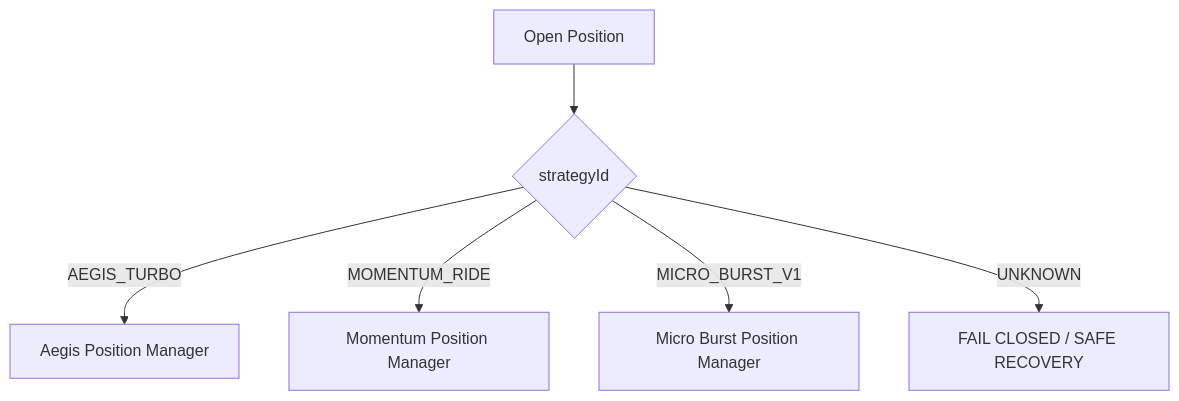
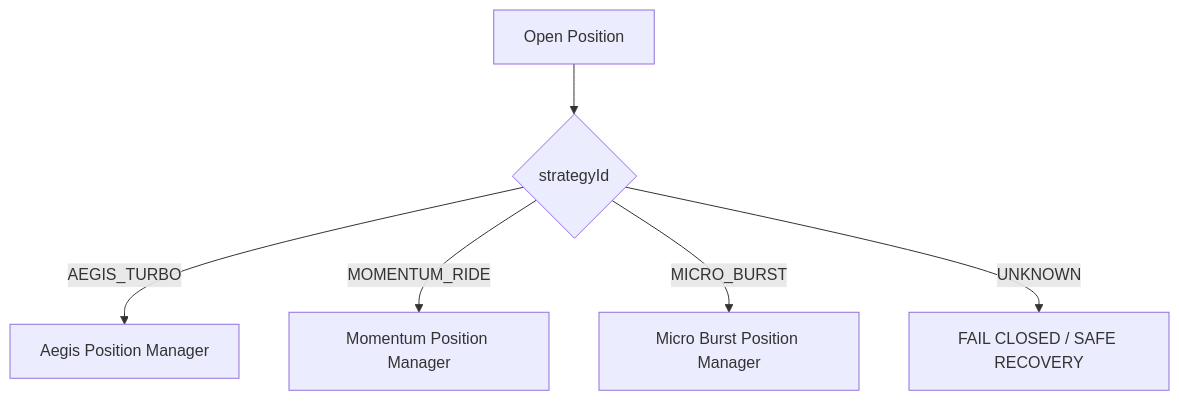
One commit to jasanhdz/binance-futures-bot-ts changed the sixth of 7 diagrams in docs/architecture/README.md. Above: the diagram before and after it, drawn with Mermaid. The commit also changed other lines of this file and 14 other files, not shown here.

Commit message:
document strategy migration architecture

````diff
--- a/docs/architecture/README.md
+++ b/docs/architecture/README.md
@@ -455,8 +487,8 @@
 ```mermaid
 flowchart TD
     P[Open Position] --> ID{strategyId}
     ID -->|AEGIS_TURBO| AP[Aegis Position Manager]
     ID -->|MOMENTUM_RIDE| MP[Momentum Position Manager]
-    ID -->|MICRO_BURST_V1| BP[Micro Burst Position Manager]
+    ID -->|MICRO_BURST| BP[Micro Burst Position Manager]
     ID -->|UNKNOWN| FC[FAIL CLOSED / SAFE RECOVERY]
 ```
````
